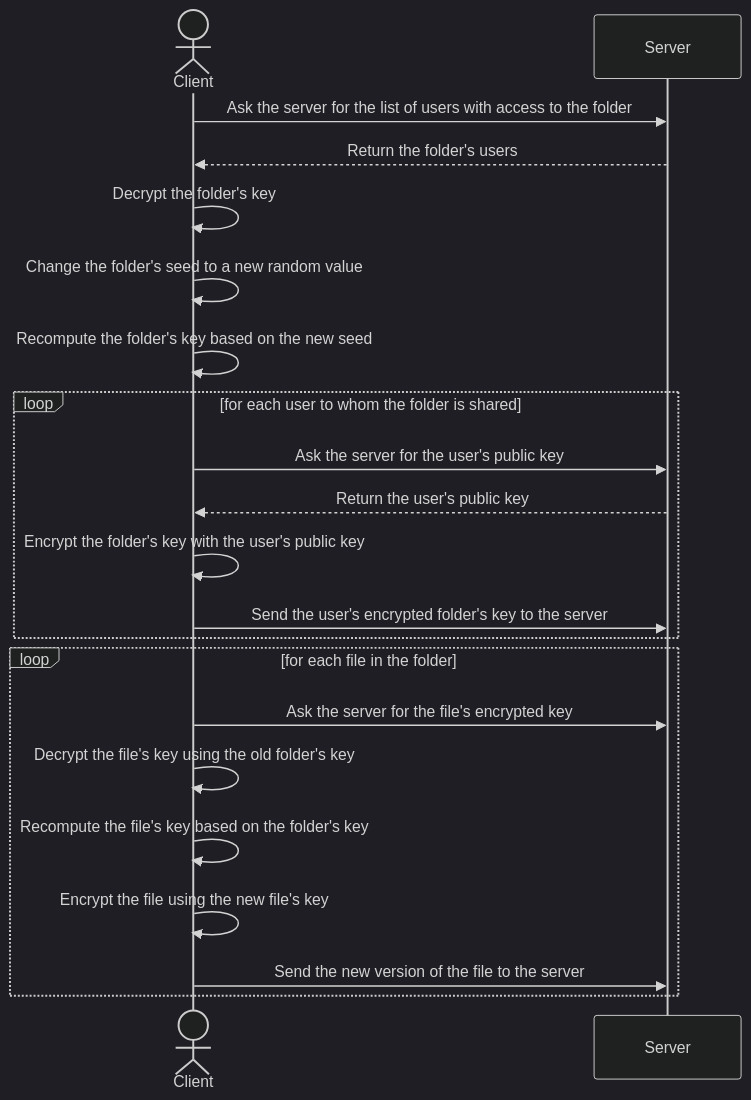
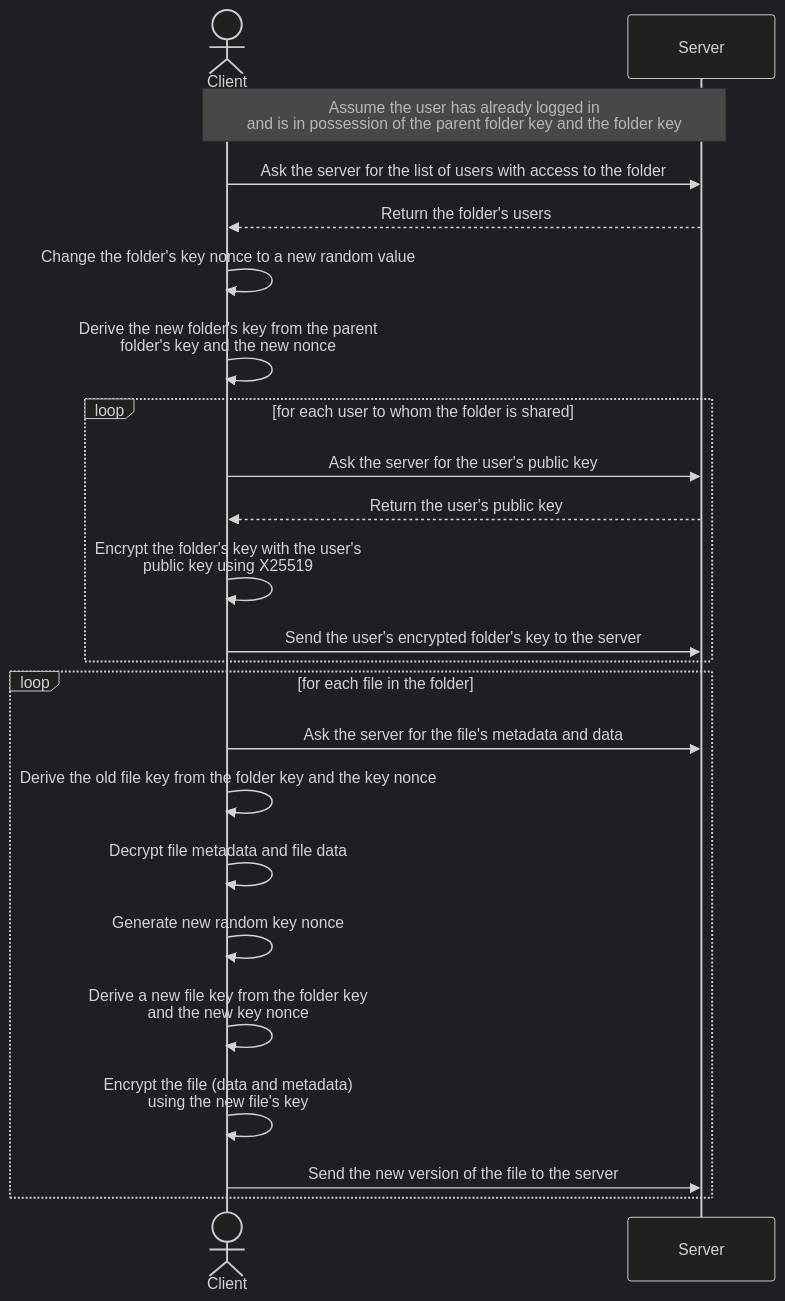
The diagram in doc/project_mermaid/revoke_folder.mmd (DACC4/effective-octo-system), drawn with Mermaid (dark theme) before and after one commit. The commit also changed 27 other files, not shown here.

```diff
--- a/doc/project_mermaid/revoke_folder.mmd
+++ b/doc/project_mermaid/revoke_folder.mmd
@@ -1,27 +1,29 @@
 sequenceDiagram
     actor C as Client
     participant S as Server
 
+    note over C,S: Assume the user has already logged in <br> and is in possession of the parent folder key and the folder key
+
     C->>S: Ask the server for the list of users with access to the folder
     S-->>C: Return the folder's users
 
-    C->>C: Decrypt the folder's key
+    C->>C: Change the folder's key nonce to a new random value
 
-    C->>C: Change the folder's seed to a new random value
-
-    C->>C: Recompute the folder's key based on the new seed
+    C->>C: Derive the new folder's key from the parent <br> folder's key and the new nonce
 
     loop for each user to whom the folder is shared
         C->>S: Ask the server for the user's public key
         S-->>C: Return the user's public key
-        C->>C: Encrypt the folder's key with the user's public key
+        C->>C: Encrypt the folder's key with the user's <br> public key using X25519
         C->>S: Send the user's encrypted folder's key to the server
     end
 
     loop for each file in the folder
-        C->>S: Ask the server for the file's encrypted key
-        C->>C: Decrypt the file's key using the old folder's key
-        C->>C: Recompute the file's key based on the folder's key
-        C->>C: Encrypt the file using the new file's key
+        C->>S: Ask the server for the file's metadata and data
+        C->>C: Derive the old file key from the folder key and the key nonce
+        C->>C: Decrypt file metadata and file data
+        C->>C: Generate new random key nonce
+        C->>C: Derive a new file key from the folder key <br> and the new key nonce
+        C->>C: Encrypt the file (data and metadata) <br> using the new file's key
         C->>S: Send the new version of the file to the server
     end
```
